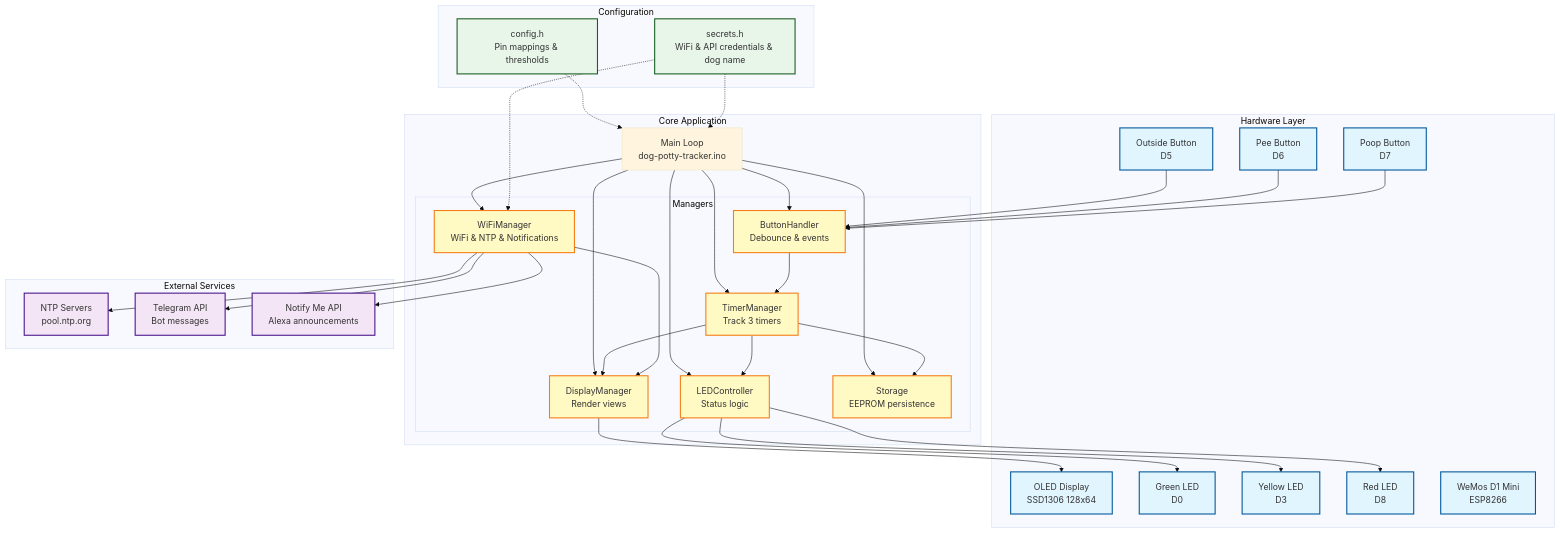
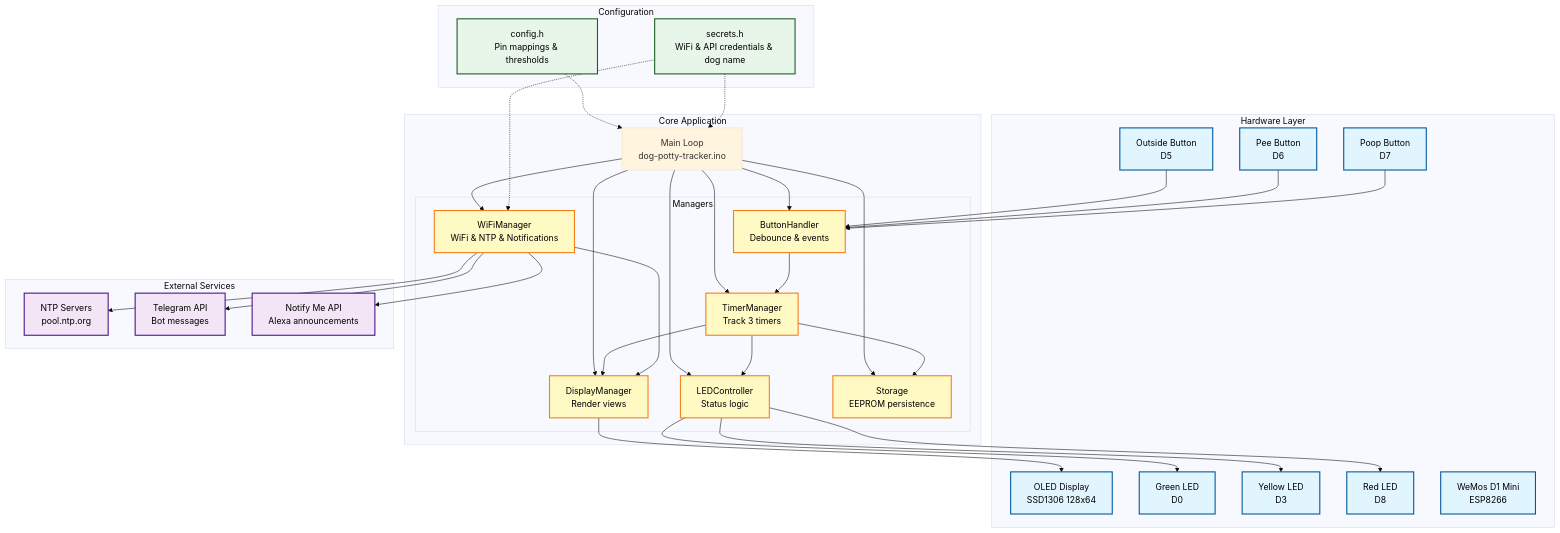
The diagram in README.md (Govanator12/dog-potty-tracker), drawn with Mermaid (base theme) before and after one commit. The commit also changed other lines of this file and 3 other files, not shown here.

````diff
--- a/README.md
+++ b/README.md
@@ -19,80 +19,80 @@
 ```mermaid
 graph TB
     subgraph "Hardware Layer"
         OLED[OLED Display<br/>SSD1306 128x64]
         BTN1[Outside Button<br/>D5]
         BTN2[Pee Button<br/>D6]
         BTN3[Poop Button<br/>D7]
         LED1[Green LED<br/>D0]
         LED2[Yellow LED<br/>D3]
         LED3[Red LED<br/>D8]
         ESP[WeMos D1 Mini<br/>ESP8266]
     end
 
     subgraph "Core Application"
         MAIN[Main Loop<br/>dog-potty-tracker.ino]
 
         subgraph "Managers"
             TIMER[TimerManager<br/>Track 3 timers]
             DISPLAY[DisplayManager<br/>Render views]
             BUTTON[ButtonHandler<br/>Debounce & events]
             LEDCTL[LEDController<br/>Status logic]
             WIFI[WiFiManager<br/>WiFi & NTP & Notifications]
             STORAGE[Storage<br/>EEPROM persistence]
         end
     end
 
     subgraph "External Services"
         NTP[NTP Servers<br/>pool.ntp.org]
         TELEGRAM[Telegram API<br/>Bot messages]
         ALEXA[Notify Me API<br/>Alexa announcements]
     end
 
     subgraph "Configuration"
         CONFIG[config.h<br/>Pin mappings & thresholds]
         SECRETS[secrets.h<br/>WiFi & API credentials & dog name]
     end
 
     %% Hardware connections
     BTN1 --> BUTTON
     BTN2 --> BUTTON
     BTN3 --> BUTTON
     LEDCTL --> LED1
     LEDCTL --> LED2
     LEDCTL --> LED3
     DISPLAY --> OLED
 
     %% Main loop connections
     MAIN --> TIMER
     MAIN --> DISPLAY
     MAIN --> BUTTON
     MAIN --> LEDCTL
     MAIN --> WIFI
     MAIN --> STORAGE
 
     %% Manager interactions
     BUTTON --> TIMER
     TIMER --> DISPLAY
     TIMER --> LEDCTL
     TIMER --> STORAGE
     WIFI --> DISPLAY
     WIFI --> NTP
     WIFI --> TELEGRAM
     WIFI --> ALEXA
 
     %% Configuration
     CONFIG -.-> MAIN
     SECRETS -.-> WIFI
     SECRETS -.-> MAIN
 
     %% Styling
-    classDef hardware fill:#e1f5ff,stroke:#01579b,stroke-width:2px
-    classDef manager fill:#fff9c4,stroke:#f57f17,stroke-width:2px
-    classDef external fill:#f3e5f5,stroke:#4a148c,stroke-width:2px
-    classDef config fill:#e8f5e9,stroke:#1b5e20,stroke-width:2px
+    classDef hardware fill:#e1f5ff,stroke:#01579b,stroke-width:2px,color:#000
+    classDef manager fill:#fff9c4,stroke:#f57f17,stroke-width:2px,color:#000
+    classDef external fill:#f3e5f5,stroke:#4a148c,stroke-width:2px,color:#000
+    classDef config fill:#e8f5e9,stroke:#1b5e20,stroke-width:2px,color:#000
 
     class OLED,BTN1,BTN2,BTN3,LED1,LED2,LED3,ESP hardware
     class TIMER,DISPLAY,BUTTON,LEDCTL,WIFI,STORAGE manager
     class NTP,TELEGRAM,ALEXA external
     class CONFIG,SECRETS config
 ```
````
